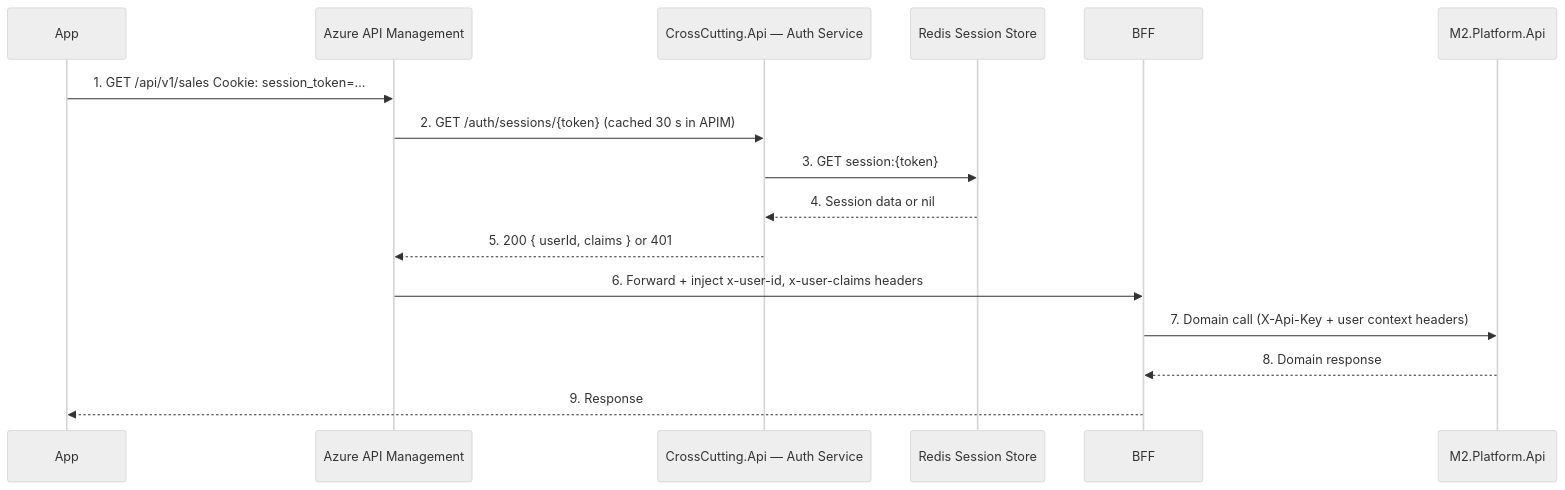
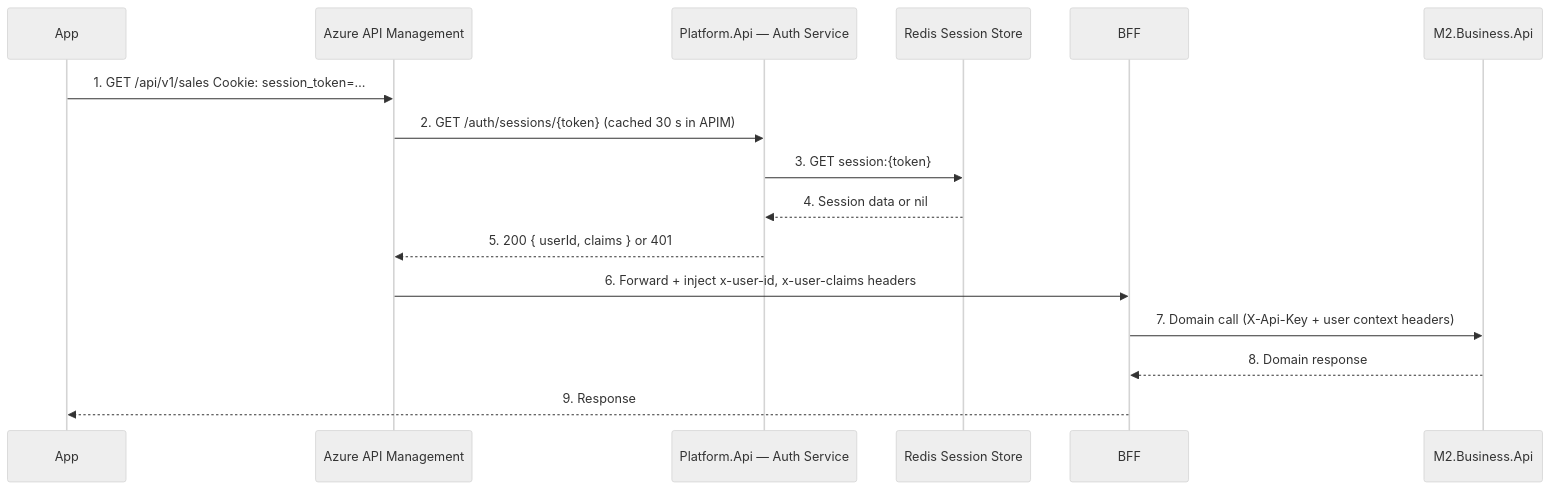
Before and after one commit to ryanc2012/m2: the seventh of 8 diagrams in docs/architecture/ARCHITECTURE.md, drawn with Mermaid (neutral theme). The commit also changed other lines of this file and 2 other files, not shown here.

First line of the commit message:
Merge architecture corrections and update team records

````diff
--- a/docs/architecture/ARCHITECTURE.md
+++ b/docs/architecture/ARCHITECTURE.md
@@ -908,19 +938,19 @@
 ```mermaid
 sequenceDiagram
     participant App as App
     participant APIGW as Azure API Management
-    participant AuthSvc as CrossCutting.Api — Auth Service
+    participant AuthSvc as Platform.Api — Auth Service
     participant Redis as Redis Session Store
     participant BFF as BFF
-    participant PlatformApi as M2.Platform.Api
+    participant PlatformApi as M2.Business.Api
 
     App->>APIGW: 1. GET /api/v1/sales  Cookie: session_token=…
     APIGW->>AuthSvc: 2. GET /auth/sessions/{token}  (cached 30 s in APIM)
     AuthSvc->>Redis: 3. GET session:{token}
     Redis-->>AuthSvc: 4. Session data or nil
     AuthSvc-->>APIGW: 5. 200 { userId, claims } or 401
     APIGW->>BFF: 6. Forward + inject x-user-id, x-user-claims headers
     BFF->>PlatformApi: 7. Domain call (X-Api-Key + user context headers)
     PlatformApi-->>BFF: 8. Domain response
     BFF-->>App: 9. Response
 ```
````
